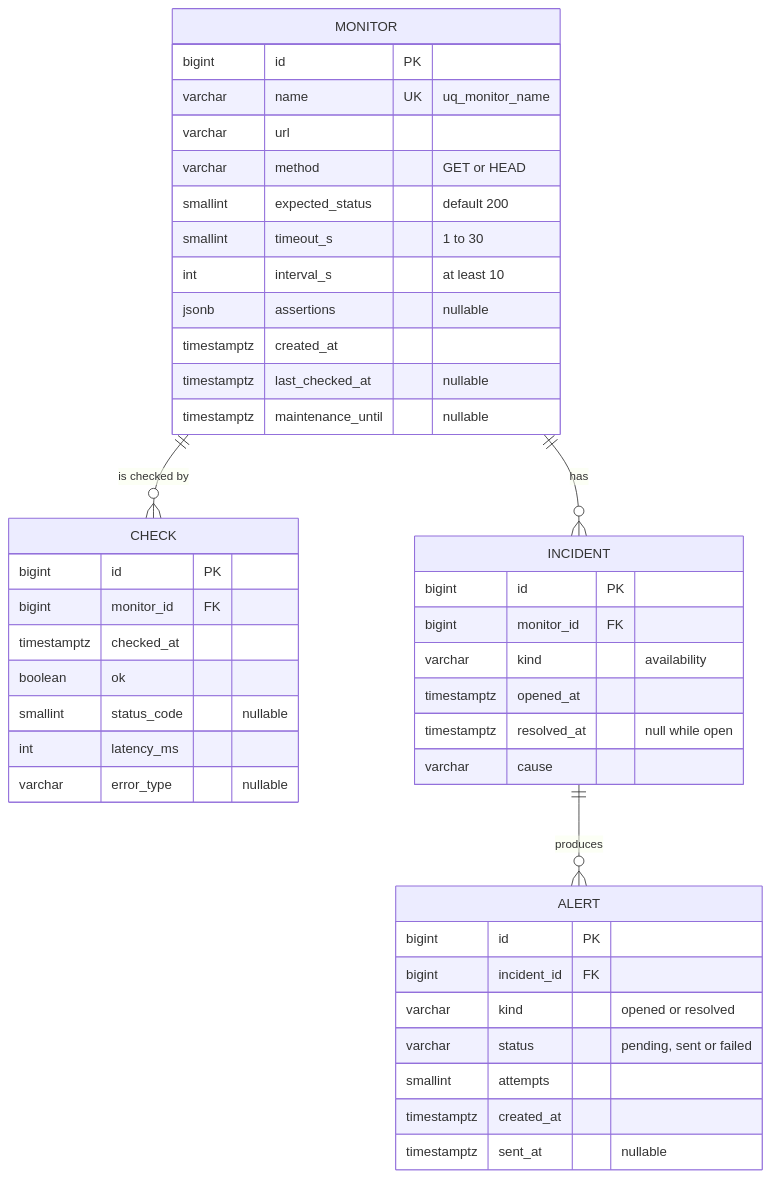
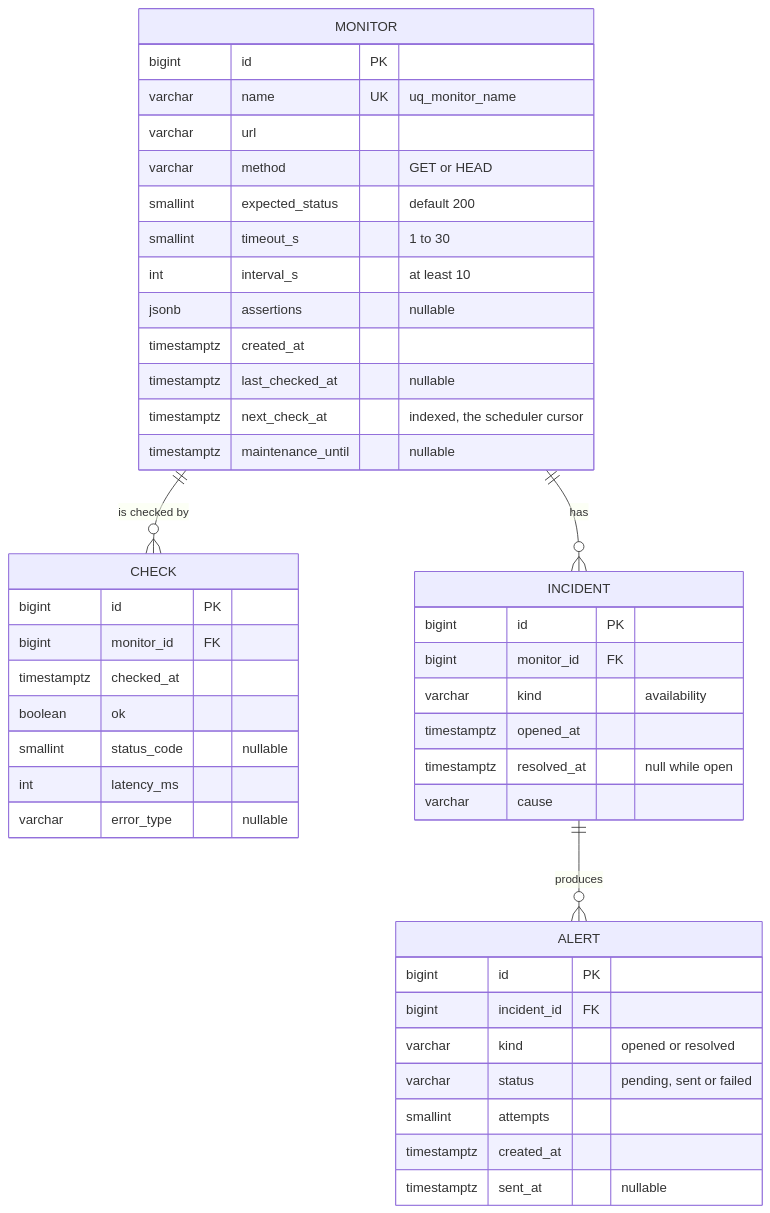
The fifth of 11 diagrams in ARCHITECTURE.md (wbaghdadi20/pulse), drawn with Mermaid before and after one commit. The commit also changed other lines of this file and 1 other file, not shown here.

First line of the commit message:
docs: write up D7 in the README and bring the architecture up to date

````diff
--- a/ARCHITECTURE.md
+++ b/ARCHITECTURE.md
@@ -200,46 +217,47 @@
 ```mermaid
 erDiagram
     MONITOR ||--o{ CHECK : "is checked by"
     MONITOR ||--o{ INCIDENT : "has"
     INCIDENT ||--o{ ALERT : "produces"
 
     MONITOR {
         bigint id PK
         varchar name UK "uq_monitor_name"
         varchar url
         varchar method "GET or HEAD"
         smallint expected_status "default 200"
         smallint timeout_s "1 to 30"
         int interval_s "at least 10"
         jsonb assertions "nullable"
         timestamptz created_at
         timestamptz last_checked_at "nullable"
+        timestamptz next_check_at "indexed, the scheduler cursor"
         timestamptz maintenance_until "nullable"
     }
     CHECK {
         bigint id PK
         bigint monitor_id FK
         timestamptz checked_at
         boolean ok
         smallint status_code "nullable"
         int latency_ms
         varchar error_type "nullable"
     }
     INCIDENT {
         bigint id PK
         bigint monitor_id FK
         varchar kind "availability"
         timestamptz opened_at
         timestamptz resolved_at "null while open"
         varchar cause
     }
     ALERT {
         bigint id PK
         bigint incident_id FK
         varchar kind "opened or resolved"
         varchar status "pending, sent or failed"
         smallint attempts
         timestamptz created_at
         timestamptz sent_at "nullable"
     }
 ```
````
